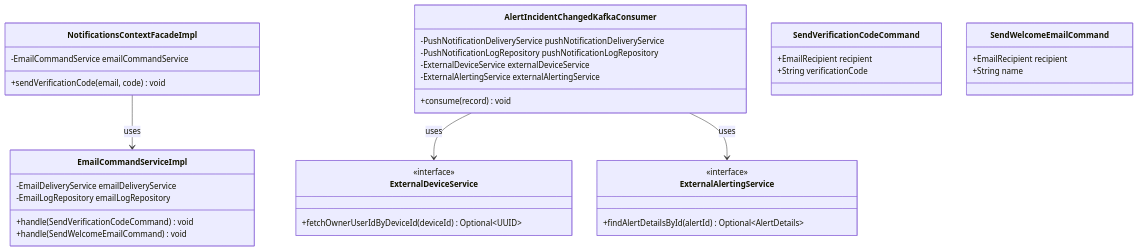
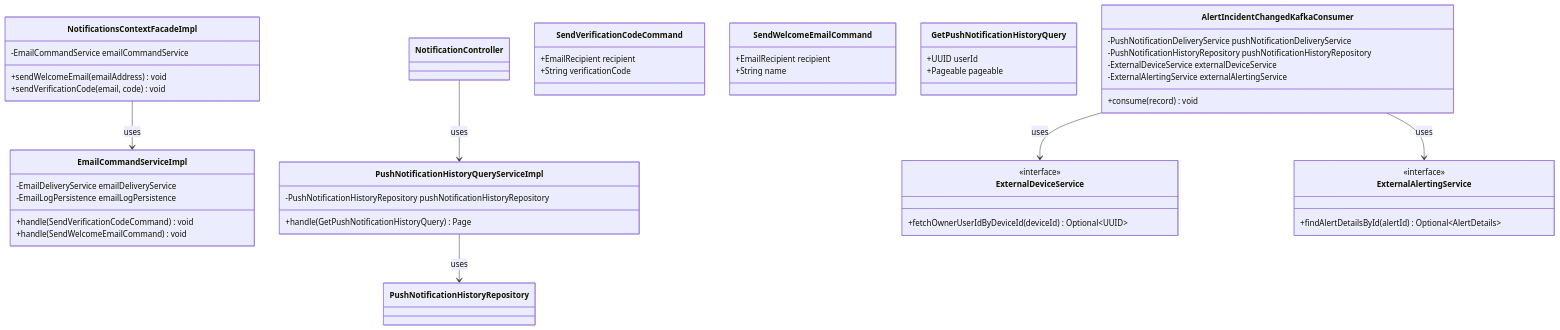
Before and after one commit to Vanana-Desarrollo-de-Soluciones-IOT/c4-diagrams: the third of 5 diagrams in class-diagrams/backend/notifications-bc.md, drawn with Mermaid. The commit also changed other lines of this file and 5 other files, not shown here.

Commit message:
Refactor notifications backend: Update NotificationController, add PushNotificationResponse, and implement PushNotificationHistoryQueryService

````diff
--- a/class-diagrams/backend/notifications-bc.md
+++ b/class-diagrams/backend/notifications-bc.md
@@ -165,40 +208,51 @@
 ```mermaid
 classDiagram
 class EmailCommandServiceImpl {
     -EmailDeliveryService emailDeliveryService
-    -EmailLogRepository emailLogRepository
+    -EmailLogPersistence emailLogPersistence
     +handle(SendVerificationCodeCommand) void
     +handle(SendWelcomeEmailCommand) void
 }
 class NotificationsContextFacadeImpl {
     -EmailCommandService emailCommandService
+    +sendWelcomeEmail(emailAddress) void
     +sendVerificationCode(email, code) void
+}
+class PushNotificationHistoryQueryServiceImpl {
+    -PushNotificationHistoryRepository pushNotificationHistoryRepository
+    +handle(GetPushNotificationHistoryQuery) Page
 }
 class AlertIncidentChangedKafkaConsumer {
     -PushNotificationDeliveryService pushNotificationDeliveryService
-    -PushNotificationLogRepository pushNotificationLogRepository
+    -PushNotificationHistoryRepository pushNotificationHistoryRepository
     -ExternalDeviceService externalDeviceService
     -ExternalAlertingService externalAlertingService
     +consume(record) void
 }
 class ExternalDeviceService {
     <<interface>>
     +fetchOwnerUserIdByDeviceId(deviceId) Optional~UUID~
 }
 class ExternalAlertingService {
     <<interface>>
     +findAlertDetailsById(alertId) Optional~AlertDetails~
 }
 class SendVerificationCodeCommand {
     +EmailRecipient recipient
     +String verificationCode
 }
 class SendWelcomeEmailCommand {
     +EmailRecipient recipient
     +String name
 }
+class GetPushNotificationHistoryQuery {
+    +UUID userId
+    +Pageable pageable
+}
 
 NotificationsContextFacadeImpl --> EmailCommandServiceImpl : uses
 AlertIncidentChangedKafkaConsumer --> ExternalDeviceService : uses
 AlertIncidentChangedKafkaConsumer --> ExternalAlertingService : uses
+PushNotificationHistoryQueryServiceImpl --> PushNotificationHistoryRepository : uses
+NotificationController --> PushNotificationHistoryQueryServiceImpl : uses
 ```
````
